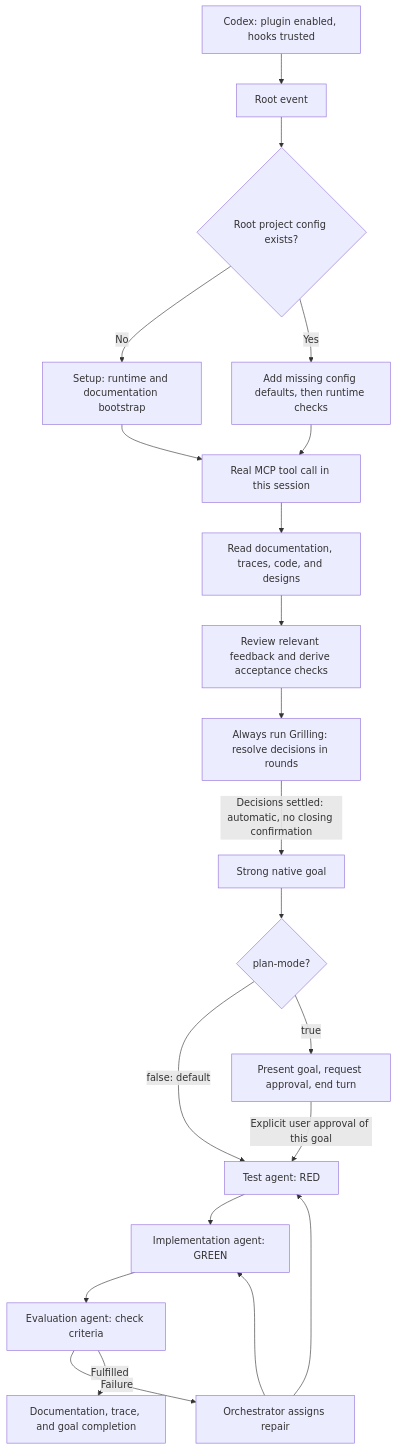
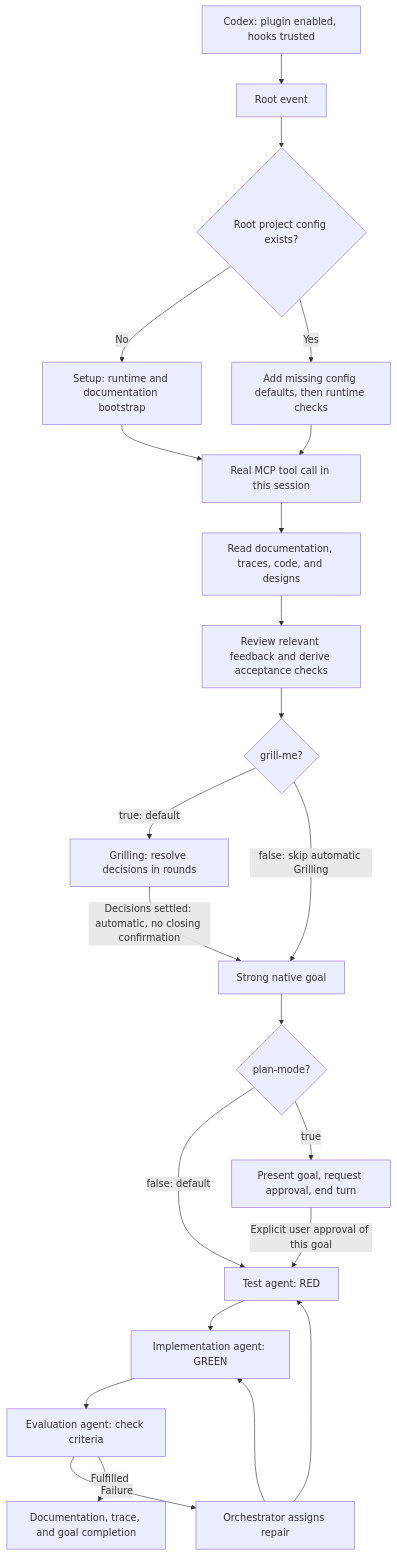
Before and after one commit to Chris-1337/KISS-Chris-Stack: the diagram in docs/PRODUKT-ONBOARDING.md, drawn with Mermaid. The commit also changed other lines of this file and 20 other files, not shown here.

````diff
--- a/docs/PRODUKT-ONBOARDING.md
+++ b/docs/PRODUKT-ONBOARDING.md
@@ -17,23 +17,25 @@
 ```mermaid
 flowchart TD
     H[Codex: plugin enabled, hooks trusted] --> E[Root event]
     E --> P{Root project config exists?}
     P -->|No| S[Setup: runtime and documentation bootstrap]
     P -->|Yes| R[Add missing config defaults, then runtime checks]
     R --> M
     S --> M[Real MCP tool call in this session]
     M --> C[Read documentation, traces, code, and designs]
     C --> F[Review relevant feedback and derive acceptance checks]
-    F --> Q[Always run Grilling: resolve decisions in rounds]
+    F --> Grill{grill-me?}
+    Grill -->|true: default| Q[Grilling: resolve decisions in rounds]
+    Grill -->|false: skip automatic Grilling| G
     Q -->|Decisions settled: automatic, no closing confirmation| G[Strong native goal]
     G --> PMode{plan-mode?}
     PMode -->|false: default| T[Test agent: RED]
     PMode -->|true| A[Present goal, request approval, end turn]
     A -->|Explicit user approval of this goal| T
     T --> I[Implementation agent: GREEN]
     I --> V[Evaluation agent: check criteria]
     V -->|Failure| O[Orchestrator assigns repair]
     O --> T
     O --> I
     V -->|Fulfilled| D[Documentation, trace, and goal completion]
 ```
````
